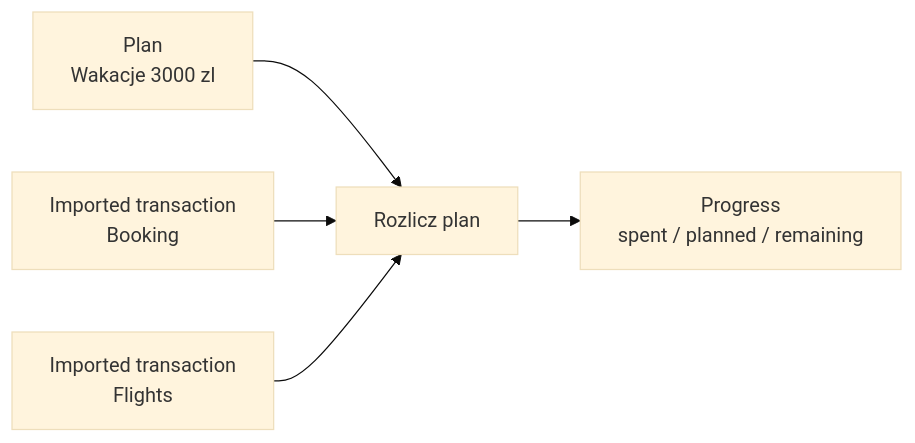
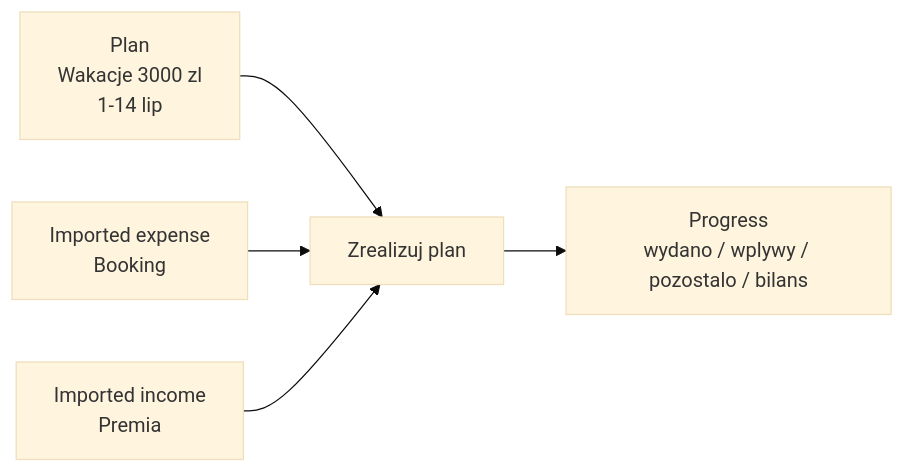
Before and after one commit to adrianghub/portfelik: the third of 4 diagrams in docs/product/product-direction.md, drawn with Mermaid (base theme). The commit also changed other lines of this file and 86 other files, not shown here.

````diff
--- a/docs/product/product-direction.md
+++ b/docs/product/product-direction.md
@@ -104,7 +102,7 @@
 ```mermaid
 flowchart LR
-  Plan[Plan<br/>Wakacje 3000 zl] --> Link[Rozlicz plan]
-  Tx1[Imported transaction<br/>Booking] --> Link
-  Tx2[Imported transaction<br/>Flights] --> Link
-  Link --> Progress[Progress<br/>spent / planned / remaining]
+  Plan[Plan<br/>Wakacje 3000 zl<br/>1-14 lip] --> Link[Zrealizuj plan]
+  Tx1[Imported expense<br/>Booking] --> Link
+  Tx2[Imported income<br/>Premia] --> Link
+  Link --> Progress[Progress<br/>wydano / wplywy / pozostalo / bilans]
 ```
````
